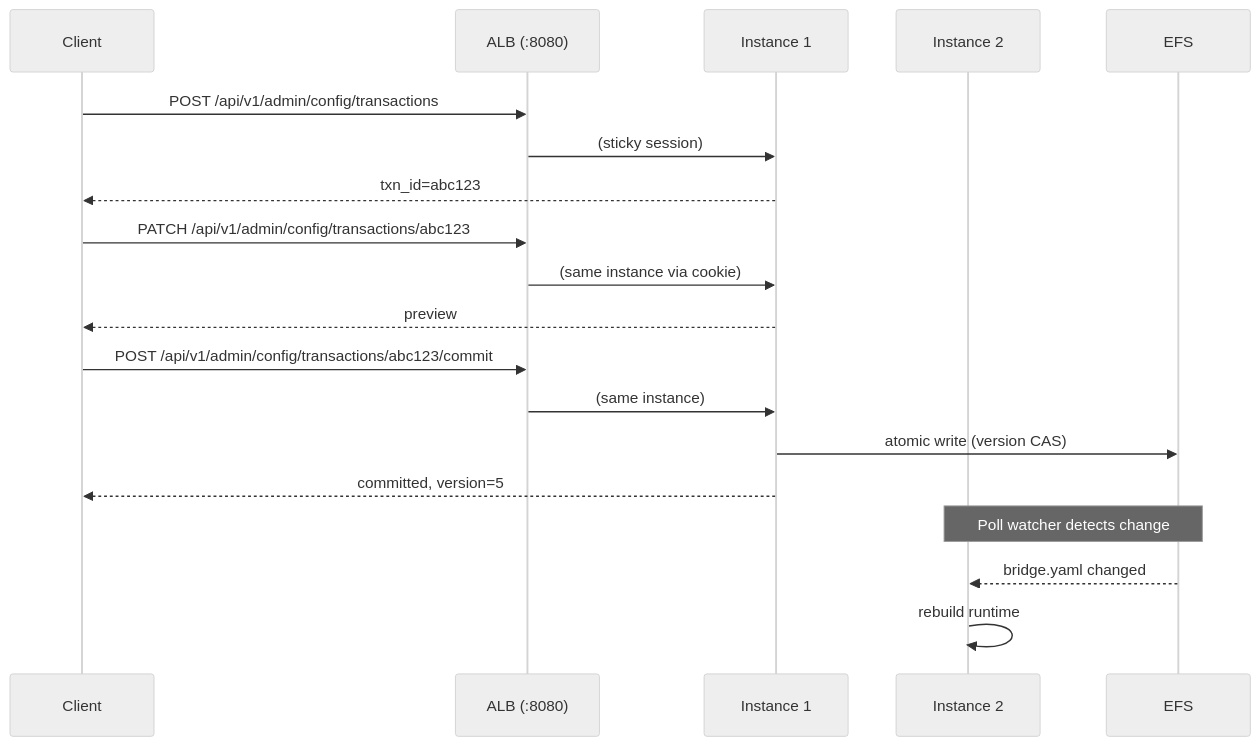
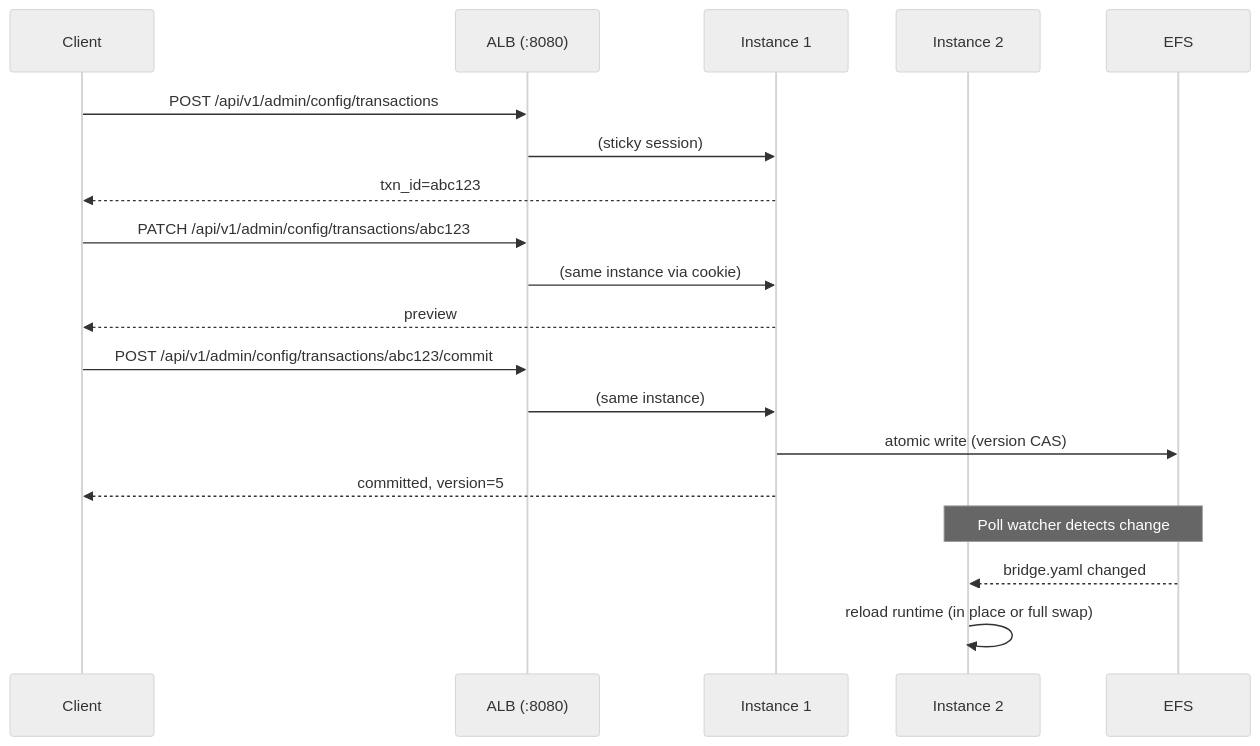
Before and after one commit to mariotoffia/gobridge: the first of 2 diagrams in docs/aws-deployment/http-api.md, drawn with Mermaid (neutral theme). The commit also changed 16 other files, not shown here.

First line of the commit message:
docs: describe in-place reload by reload unit

````diff
--- a/docs/aws-deployment/http-api.md
+++ b/docs/aws-deployment/http-api.md
@@ -144,25 +144,25 @@
 ```mermaid
 sequenceDiagram
     participant C as Client
     participant ALB as ALB (:8080)
     participant I1 as Instance 1
     participant I2 as Instance 2
     participant EFS as EFS
 
     C->>ALB: POST /api/v1/admin/config/transactions
     ALB->>I1: (sticky session)
     I1-->>C: txn_id=abc123
 
     C->>ALB: PATCH /api/v1/admin/config/transactions/abc123
     ALB->>I1: (same instance via cookie)
     I1-->>C: preview
 
     C->>ALB: POST /api/v1/admin/config/transactions/abc123/commit
     ALB->>I1: (same instance)
     I1->>EFS: atomic write (version CAS)
     I1-->>C: committed, version=5
 
     Note over EFS,I2: Poll watcher detects change
     EFS-->>I2: bridge.yaml changed
-    I2->>I2: rebuild runtime
+    I2->>I2: reload runtime (in place or full swap)
 ```
````
